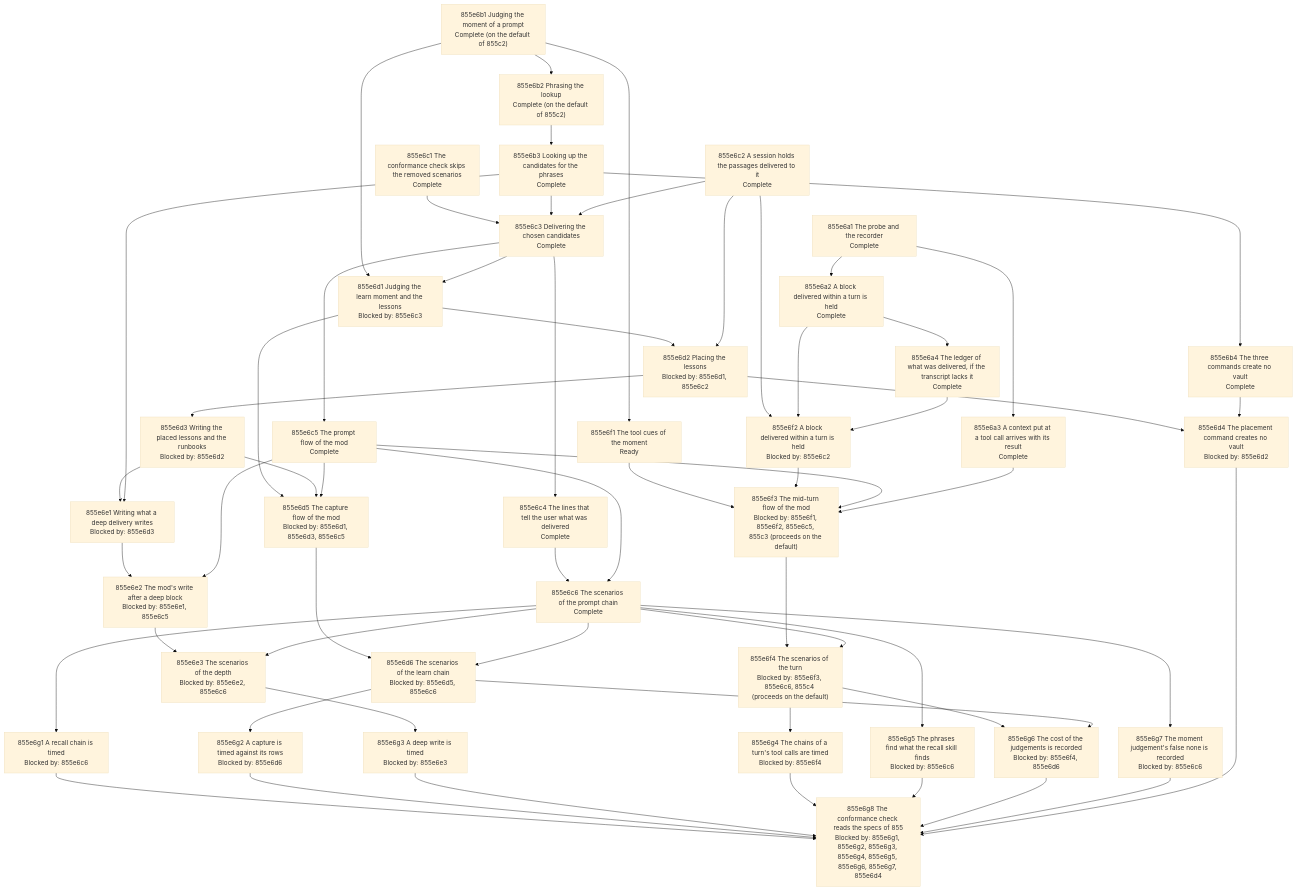
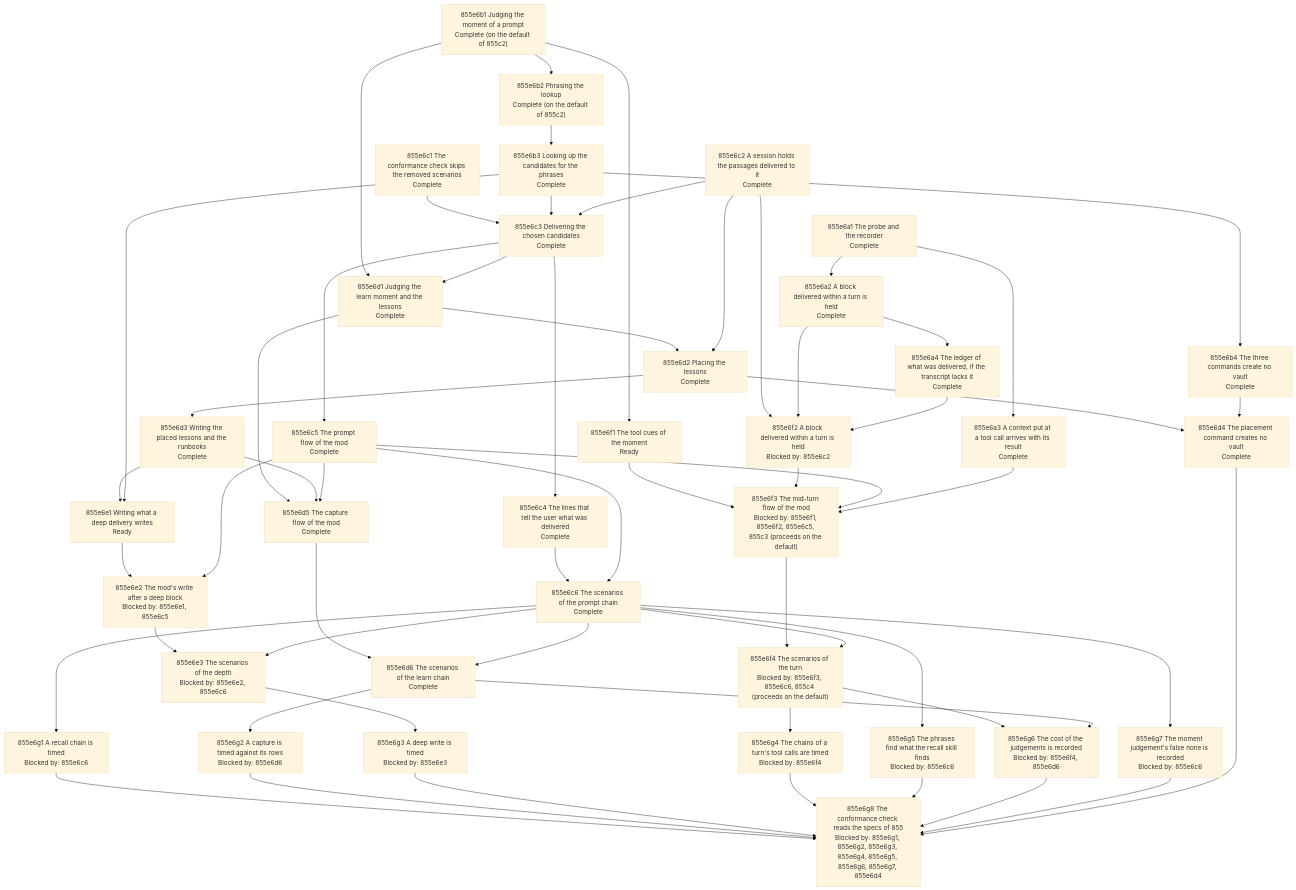
Before and after one commit to toejough/engram: the diagram in docs/changes/855_judged-automatic-memory/855e_implementation-plan.md, drawn with Mermaid (base theme). The commit also changed other lines of this file and 2 other files, not shown here.

```diff
--- a/docs/changes/855_judged-automatic-memory/855e_implementation-plan.md
+++ b/docs/changes/855_judged-automatic-memory/855e_implementation-plan.md
@@ -67,13 +67,13 @@
     n855e6c4["855e6c4 The lines that tell the user what was delivered<br/>Complete"]
     n855e6c5["855e6c5 The prompt flow of the mod<br/>Complete"]
     n855e6c6["855e6c6 The scenarios of the prompt chain<br/>Complete"]
-    n855e6d1["855e6d1 Judging the learn moment and the lessons<br/>Blocked by: 855e6c3"]
-    n855e6d2["855e6d2 Placing the lessons<br/>Blocked by: 855e6d1, 855e6c2"]
-    n855e6d3["855e6d3 Writing the placed lessons and the runbooks<br/>Blocked by: 855e6d2"]
-    n855e6d4["855e6d4 The placement command creates no vault<br/>Blocked by: 855e6d2"]
-    n855e6d5["855e6d5 The capture flow of the mod<br/>Blocked by: 855e6d1, 855e6d3, 855e6c5"]
-    n855e6d6["855e6d6 The scenarios of the learn chain<br/>Blocked by: 855e6d5, 855e6c6"]
-    n855e6e1["855e6e1 Writing what a deep delivery writes<br/>Blocked by: 855e6d3"]
+    n855e6d1["855e6d1 Judging the learn moment and the lessons<br/>Complete"]
+    n855e6d2["855e6d2 Placing the lessons<br/>Complete"]
+    n855e6d3["855e6d3 Writing the placed lessons and the runbooks<br/>Complete"]
+    n855e6d4["855e6d4 The placement command creates no vault<br/>Complete"]
+    n855e6d5["855e6d5 The capture flow of the mod<br/>Complete"]
+    n855e6d6["855e6d6 The scenarios of the learn chain<br/>Complete"]
+    n855e6e1["855e6e1 Writing what a deep delivery writes<br/>Ready"]
     n855e6e2["855e6e2 The mod's write after a deep block<br/>Blocked by: 855e6e1, 855e6c5"]
     n855e6e3["855e6e3 The scenarios of the depth<br/>Blocked by: 855e6e2, 855e6c6"]
     n855e6f1["855e6f1 The tool cues of the moment<br/>Ready"]
```
